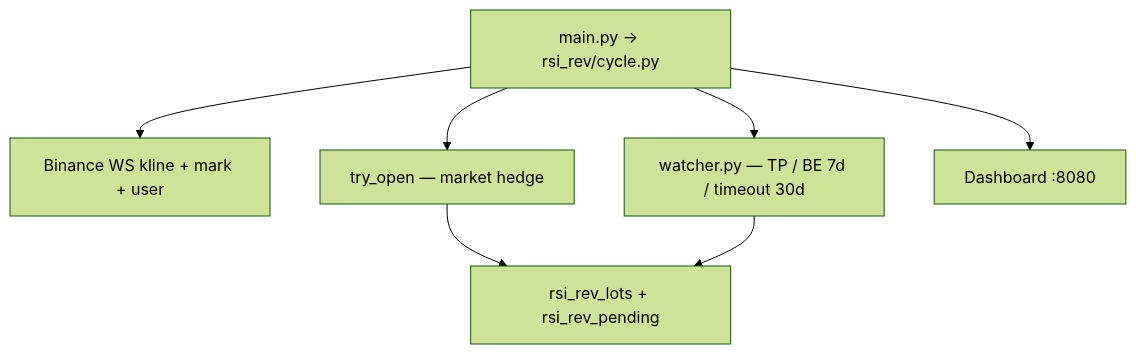
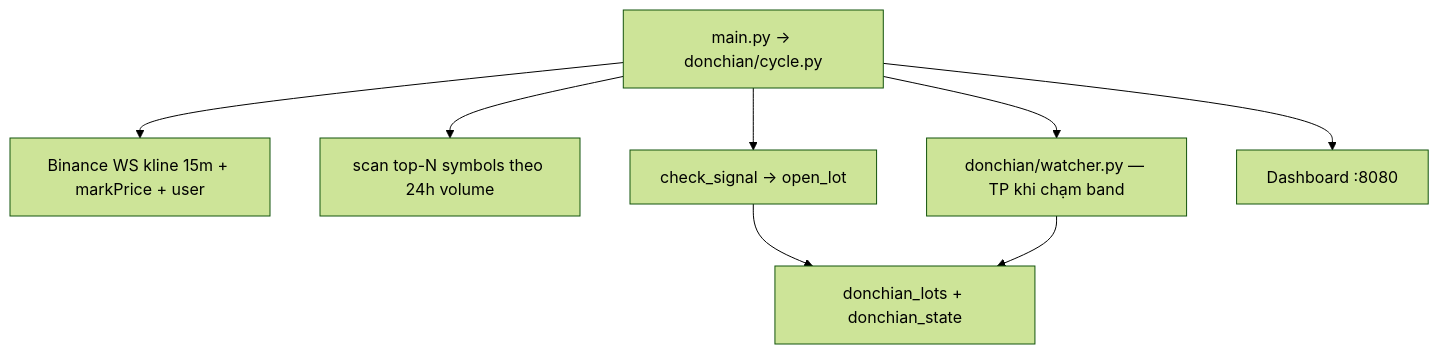
Before and after one commit to vnbees/ema-follow: the first of 2 diagrams in docs/BOT_LOGIC.md, drawn with Mermaid (forest theme). The commit also changed other lines of this file and 29 other files, not shown here.

````diff
--- a/docs/BOT_LOGIC.md
+++ b/docs/BOT_LOGIC.md
@@ -29,10 +20,11 @@
 ```mermaid
 flowchart TB
-    main["main.py → rsi_rev/cycle.py"]
-    main --> ws["Binance WS kline + mark + user"]
-    main --> entry["try_open — market hedge"]
-    main --> watcher["watcher.py — TP / BE 7d / timeout 30d"]
-    entry --> db["rsi_rev_lots + rsi_rev_pending"]
+    main["main.py → donchian/cycle.py"]
+    main --> ws["Binance WS kline 15m + markPrice + user"]
+    main --> scan["scan top-N symbols theo 24h volume"]
+    main --> entry["check_signal → open_lot"]
+    main --> watcher["donchian/watcher.py — TP khi chạm band"]
+    entry --> db["donchian_lots + donchian_state"]
     main --> web["Dashboard :8080"]
     watcher --> db
 ```
````
